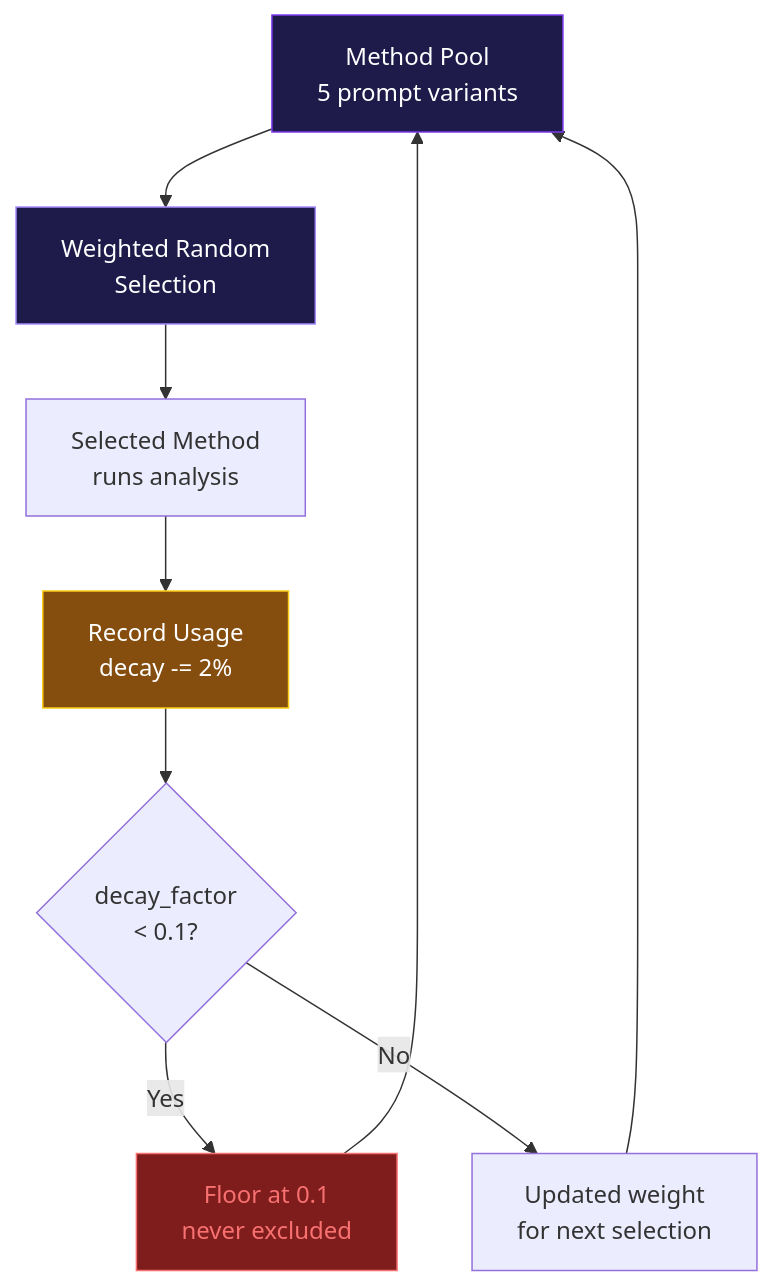
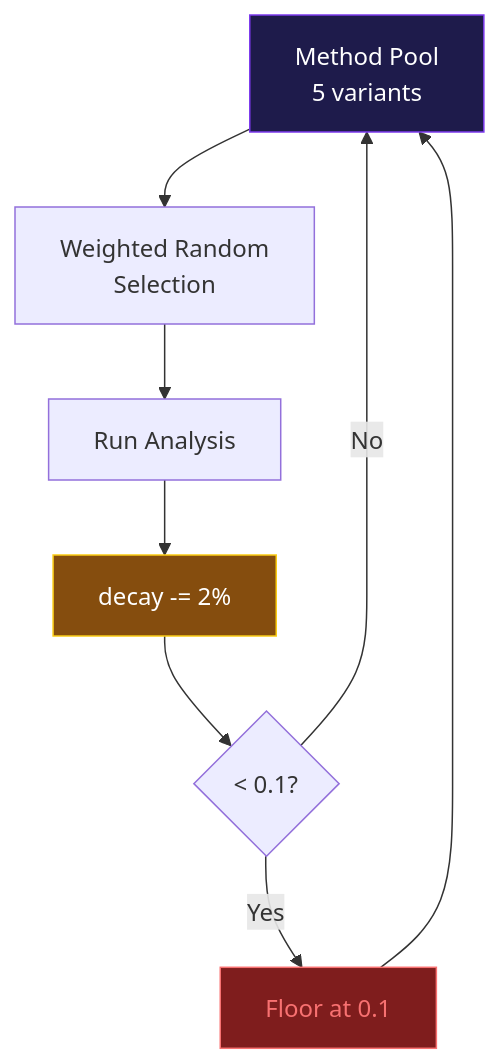
The fourth of 12 diagrams in presentation.qmd (zainulhassan815/nextjs-fastapi-starter), drawn with Mermaid before and after one commit. The commit also changed other lines of this file and 3 other files, not shown here.

````diff
--- a/presentation.qmd
+++ b/presentation.qmd
@@ -236,17 +225,16 @@
 ```{mermaid}
-%%| fig-width: 5.5
+%%| fig-width: 5
+%%| fig-height: 3.5
 flowchart TD
-    A["Method Pool\n5 prompt variants"] --> B["Weighted Random\nSelection"]
-    B --> C["Selected Method\nruns analysis"]
-    C --> D["Record Usage\ndecay -= 2%"]
-    D --> E{"decay_factor\n< 0.1?"}
-    E -->|"Yes"| F["Floor at 0.1\nnever excluded"]
-    E -->|"No"| G["Updated weight\nfor next selection"]
+    A["Method Pool\n5 variants"] --> B["Weighted Random\nSelection"]
+    B --> C["Run Analysis"]
+    C --> D["decay -= 2%"]
+    D --> E{"< 0.1?"}
+    E -->|"Yes"| F["Floor at 0.1"]
+    E -->|"No"| A
     F --> A
-    G --> A
 
     style A fill:#1e1b4b,stroke:#7c3aed,color:#fff
-    style B fill:#1e1b4b,stroke:#a78bfa,color:#fff
     style D fill:#854d0e,stroke:#facc15,color:#fff
     style F fill:#7f1d1d,stroke:#f87171,color:#f87171
 ```
````
